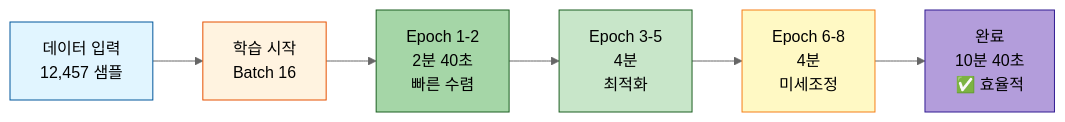
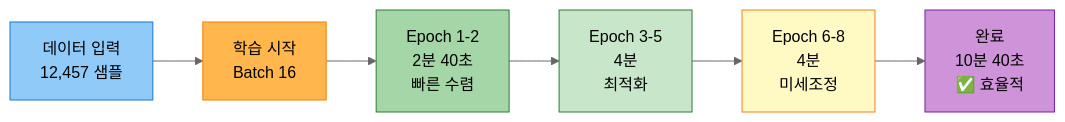
Before and after one commit to AIBootcamp14/naturallanguageprocessingcompetition-nlp-1: diagram 12 of 15 in docs/experiments/20251013_111525_strategy1_kobart_optimized_실험분석.md, drawn with Mermaid (neutral theme). The commit also changed other lines of this file, not shown here.

Commit message:
fix: 실험 분석 문서 mermaid 스타일 수정   - 모든 mermaid 다이어그램을 개별 노드 스타일 형식으로 변경   - subgraph 스타일 제거, 개별 노드별 색상 적용   - 20251012 문서 스타일 형식에 맞춰 통일   - experiments_style.md의 모든 예시 코드도 동일하게 수정

````diff
--- a/docs/experiments/20251013_111525_strategy1_kobart_optimized_실험분석.md
+++ b/docs/experiments/20251013_111525_strategy1_kobart_optimized_실험분석.md
@@ -623,15 +630,15 @@
 ```mermaid
 graph LR
     A[데이터 입력<br/>12,457 샘플] --> B[학습 시작<br/>Batch 16]
     B --> C[Epoch 1-2<br/>2분 40초<br/>빠른 수렴]
     C --> D[Epoch 3-5<br/>4분<br/>최적화]
     D --> E[Epoch 6-8<br/>4분<br/>미세조정]
     E --> F[완료<br/>10분 40초<br/>✅ 효율적]
 
-    style A fill:#e1f5ff,stroke:#01579b,color:#000
-    style B fill:#fff3e0,stroke:#e65100,color:#000
-    style C fill:#a5d6a7,stroke:#1b5e20,color:#000
-    style D fill:#c8e6c9,stroke:#1b5e20,color:#000
+    style A fill:#90caf9,stroke:#1976d2,color:#000
+    style B fill:#ffb74d,stroke:#f57c00,color:#000
+    style C fill:#a5d6a7,stroke:#2e7d32,color:#000
+    style D fill:#c8e6c9,stroke:#2e7d32,color:#000
     style E fill:#fff9c4,stroke:#f57f17,color:#000
-    style F fill:#b39ddb,stroke:#311b92,color:#000
+    style F fill:#ce93d8,stroke:#7b1fa2,color:#000
 ```
````
